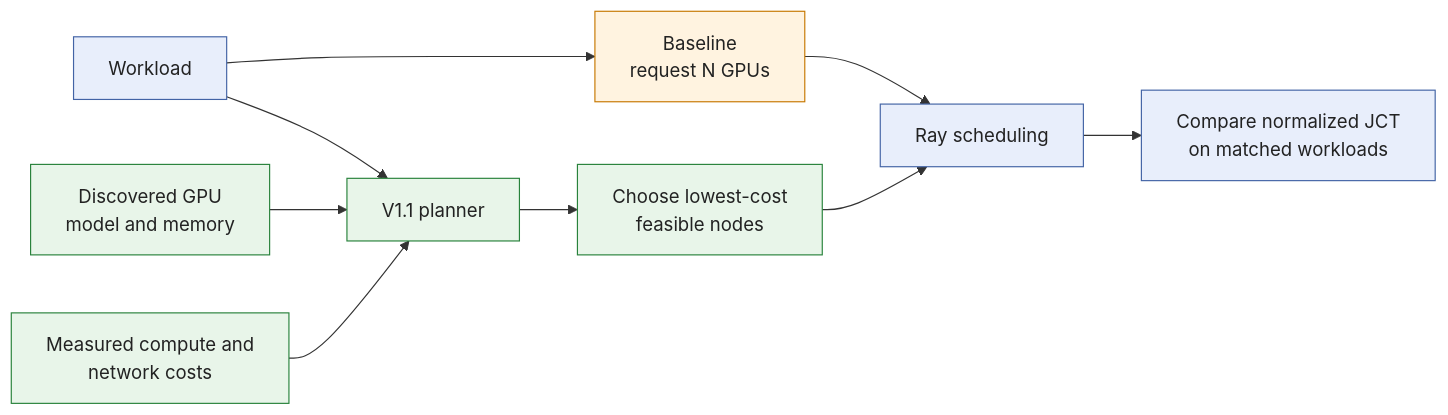
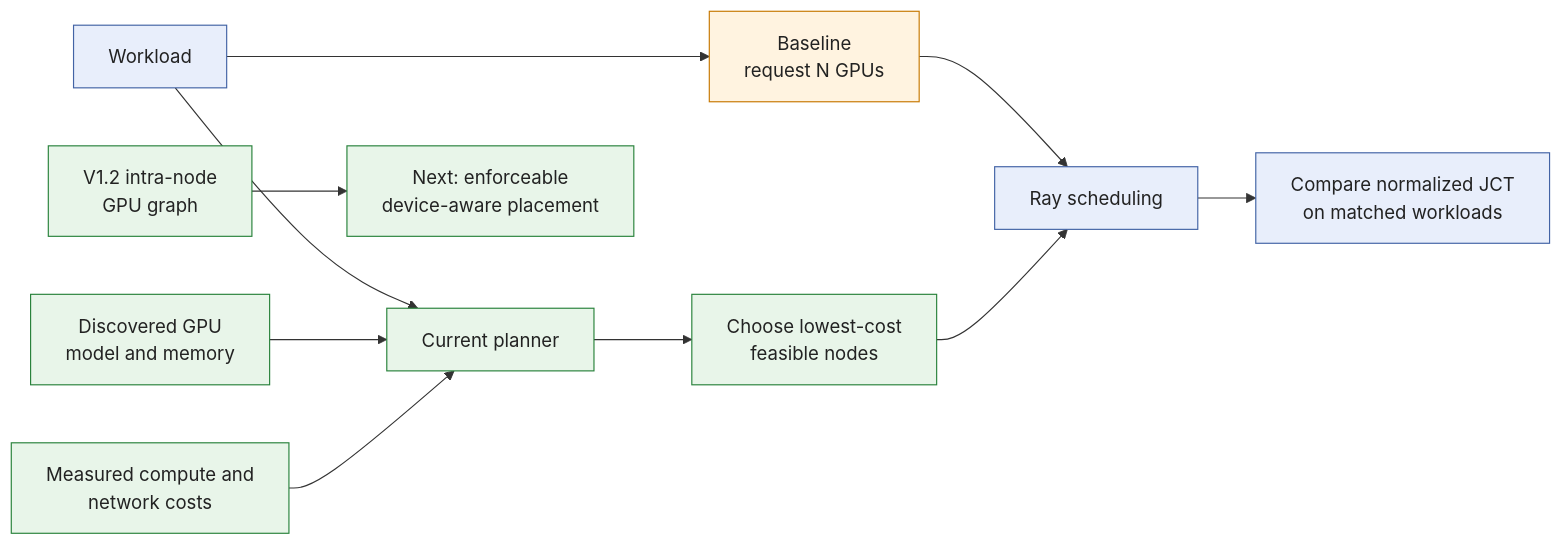
One commit to LawrenceL05/topology-aware-gpu-scheduling changed the diagram in README.md. Above: the diagram before and after it, drawn with Mermaid. The commit also changed other lines of this file and 7 other files, not shown here.

Commit message:
Discover intra-node GPU topology

````diff
--- a/README.md
+++ b/README.md
@@ -28,18 +28,19 @@
 ```mermaid
 flowchart LR
     W[Workload] --> B["Baseline<br/>request N GPUs"]
-    W --> P["V1.1 planner"]
+    W --> P["Current planner"]
     H["Discovered GPU<br/>model and memory"] --> P
+    G["V1.2 intra-node<br/>GPU graph"] --> F["Next: enforceable<br/>device-aware placement"]
     T["Measured compute and<br/>network costs"] --> P
     B --> R[Ray scheduling]
     P --> C[Choose lowest-cost<br/>feasible nodes]
     C --> R
     R --> E[Compare normalized JCT<br/>on matched workloads]
 
     classDef baseline fill:#fff3e0,stroke:#c77800,color:#222
     classDef proposed fill:#e8f5e9,stroke:#28823b,color:#222
     classDef shared fill:#e8eefb,stroke:#4263a5,color:#222
     class B baseline
-    class P,H,T,C proposed
+    class P,H,T,C,G,F proposed
     class W,R,E shared
 ```
````
